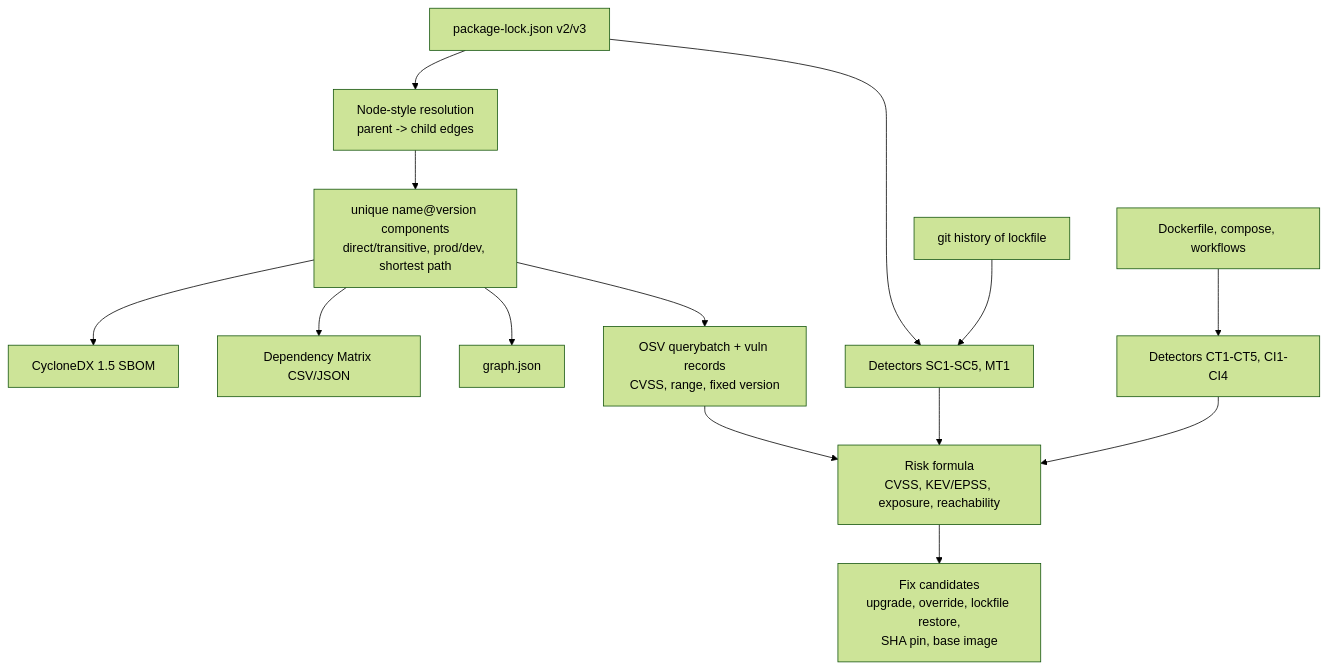
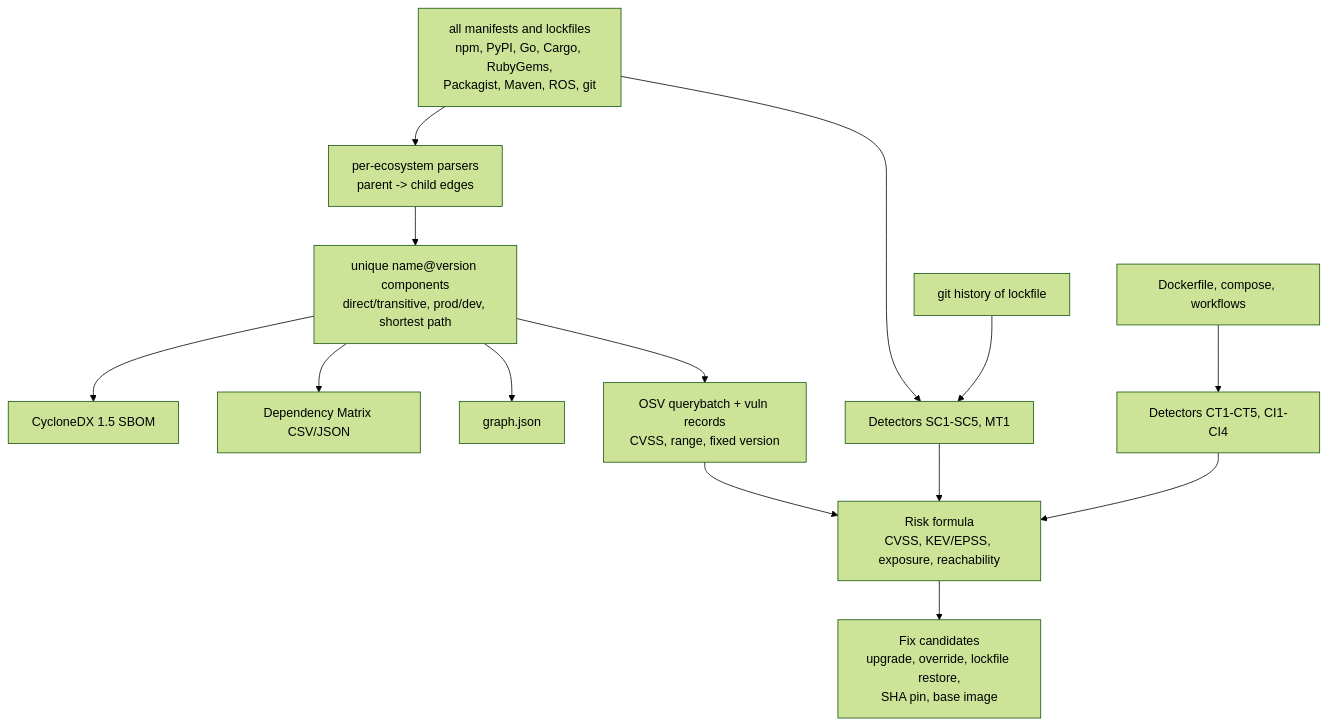
The third of 6 diagrams in docs/architecture.md (Neha-Jacob-8/supply-chain-guardian), drawn with Mermaid (forest theme) before and after one commit. The commit also changed other lines of this file and 2 other files, not shown here.

````diff
--- a/docs/architecture.md
+++ b/docs/architecture.md
@@ -66,16 +66,16 @@
 ```mermaid
 flowchart TD
-  A[package-lock.json v2/v3] --> B[Node-style resolution<br/>parent -> child edges]
+  A[all manifests and lockfiles<br/>npm, PyPI, Go, Cargo, RubyGems,<br/>Packagist, Maven, ROS, git] --> B[per-ecosystem parsers<br/>parent -> child edges]
   B --> C[unique name@version components<br/>direct/transitive, prod/dev, shortest path]
   C --> D[CycloneDX 1.5 SBOM]
   C --> E[Dependency Matrix CSV/JSON]
   C --> F[graph.json]
   C --> G[OSV querybatch + vuln records<br/>CVSS, range, fixed version]
   A --> H[Detectors SC1-SC5, MT1]
   REPO[Dockerfile, compose, workflows] --> I[Detectors CT1-CT5, CI1-CI4]
   GIT[git history of lockfile] --> H
   G --> S[Risk formula<br/>CVSS, KEV/EPSS, exposure, reachability]
   H --> S
   I --> S
   S --> X[Fix candidates<br/>upgrade, override, lockfile restore,<br/>SHA pin, base image]
 ```
````
